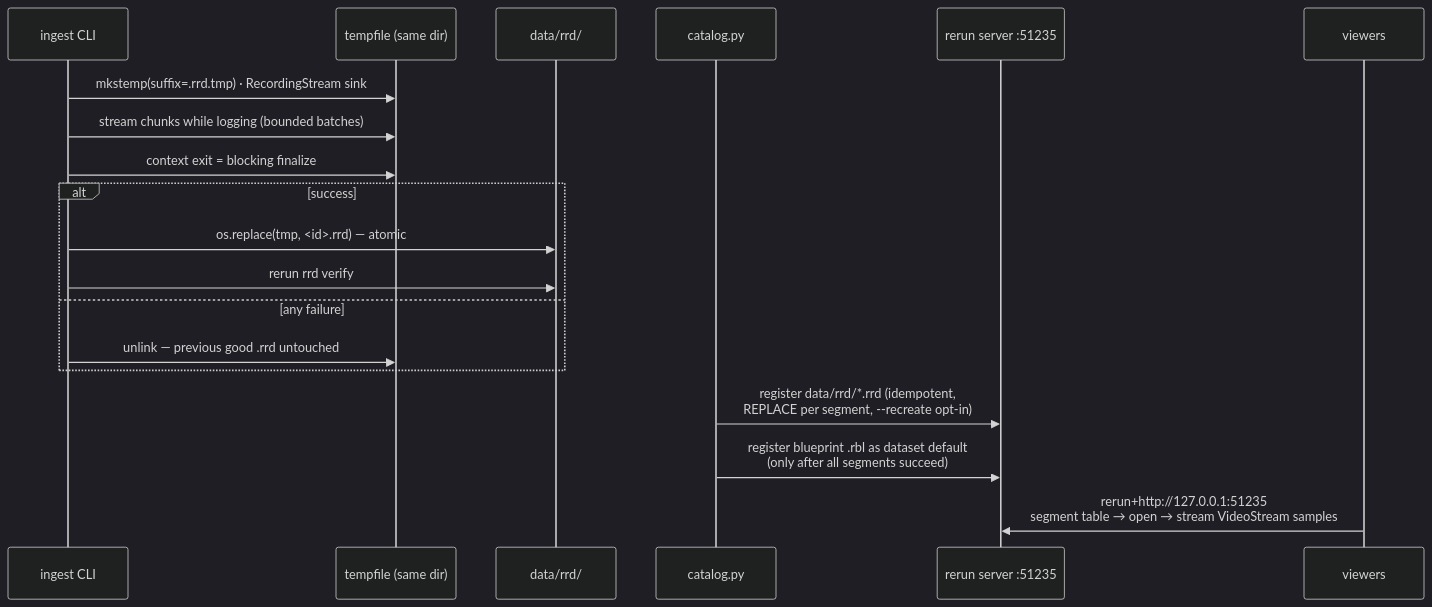
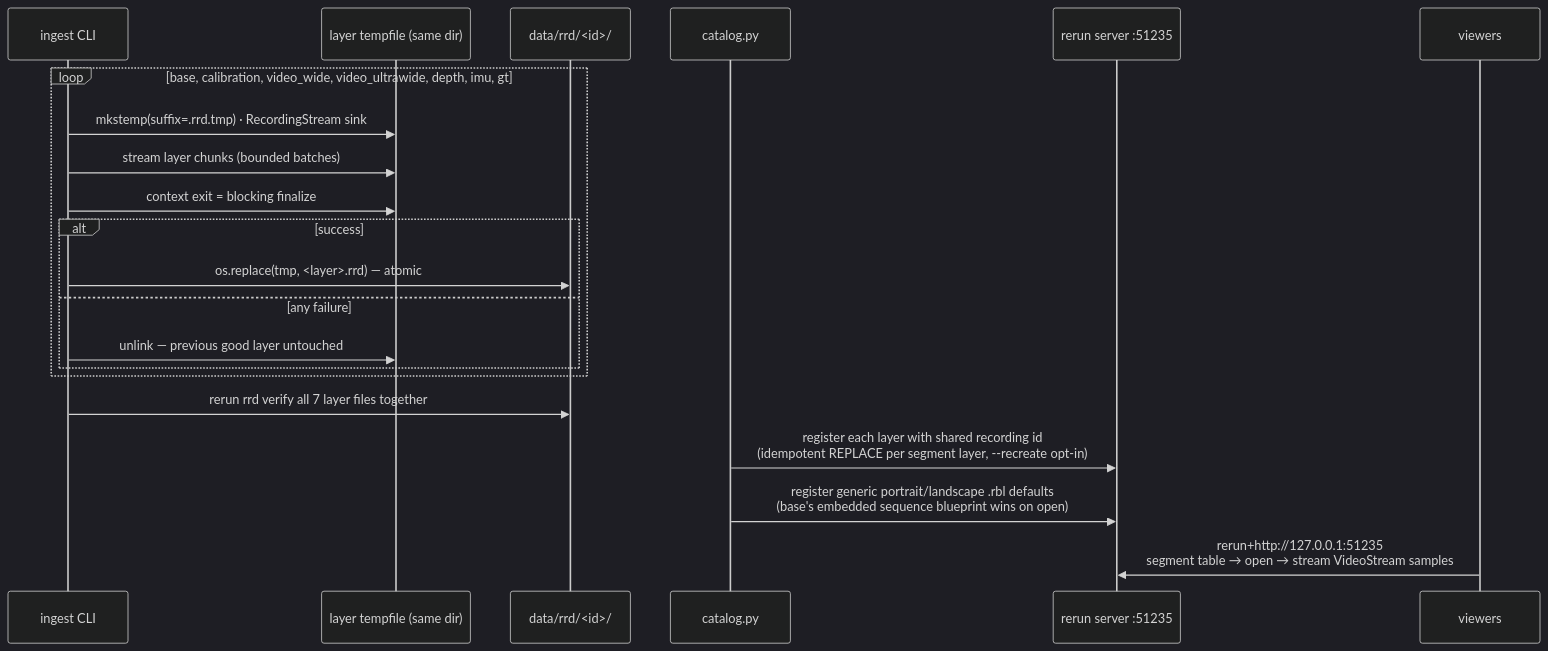
Before and after one commit to rerun-io/examples-monorepo: the fifth of 5 diagrams in packages/arkitscenes-download/docs/architecture.md, drawn with Mermaid (dark theme). The commit also changed other lines of this file and 26 other files, not shown here.

````diff
--- a/packages/arkitscenes-download/docs/architecture.md
+++ b/packages/arkitscenes-download/docs/architecture.md
@@ -197,22 +199,24 @@
 ```mermaid
 sequenceDiagram
     participant CLI as ingest CLI
-    participant TMP as tempfile (same dir)
-    participant FS as data/rrd/
+    participant TMP as layer tempfile (same dir)
+    participant FS as data/rrd/<id>/
     participant CAT as catalog.py
     participant SRV as rerun server :51235
     participant V as viewers
 
-    CLI->>TMP: mkstemp(suffix=.rrd.tmp) · RecordingStream sink
-    CLI->>TMP: stream chunks while logging (bounded batches)
-    CLI->>TMP: context exit = blocking finalize
-    alt success
-        CLI->>FS: os.replace(tmp, <id>.rrd)  — atomic
-        CLI->>FS: rerun rrd verify
-    else any failure
-        CLI->>TMP: unlink — previous good .rrd untouched
+    loop base, calibration, video_wide, video_ultrawide, depth, imu, gt
+        CLI->>TMP: mkstemp(suffix=.rrd.tmp) · RecordingStream sink
+        CLI->>TMP: stream layer chunks (bounded batches)
+        CLI->>TMP: context exit = blocking finalize
+        alt success
+            CLI->>FS: os.replace(tmp, <layer>.rrd) — atomic
+        else any failure
+            CLI->>TMP: unlink — previous good layer untouched
+        end
     end
-    CAT->>SRV: register data/rrd/*.rrd (idempotent,<br>REPLACE per segment, --recreate opt-in)
-    CAT->>SRV: register blueprint .rbl as dataset default<br>(only after all segments succeed)
+    CLI->>FS: rerun rrd verify all 7 layer files together
+    CAT->>SRV: register each layer with shared recording id<br>(idempotent REPLACE per segment layer, --recreate opt-in)
+    CAT->>SRV: register generic portrait/landscape .rbl defaults<br>(base's embedded sequence blueprint wins on open)
     V->>SRV: rerun+http://127.0.0.1:51235<br>segment table → open → stream VideoStream samples
 ```
````
